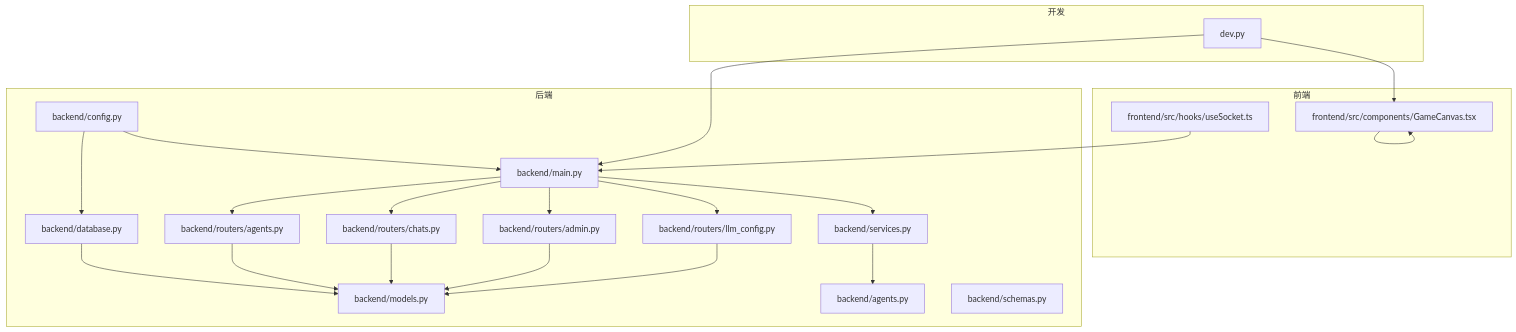
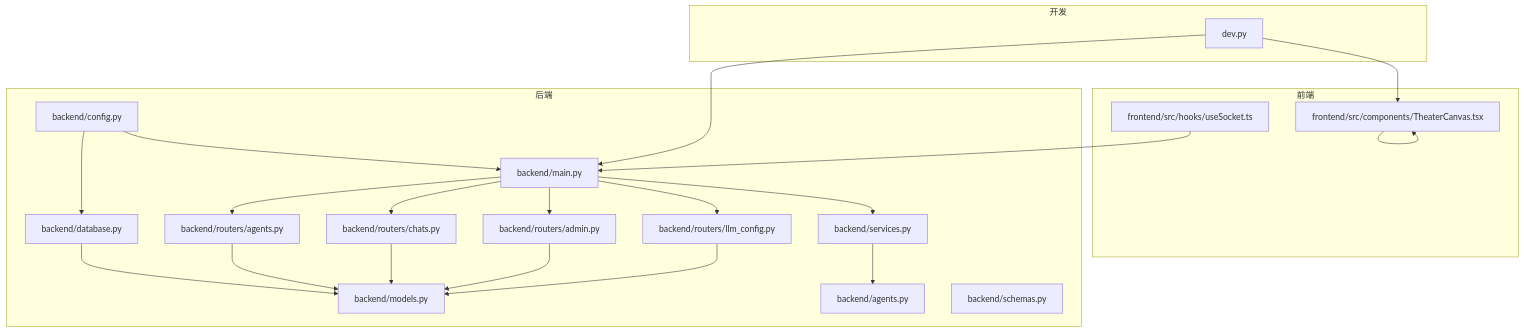
Before and after one commit to KunLabAI/KunFlix: the first of 3 diagrams in .qoder/repowiki/zh/content/开发工具链/调试工具.md, drawn with Mermaid. The commit also changed other lines of this file and 112 other files, not shown here.

````diff
--- a/.qoder/repowiki/zh/content/开发工具链/调试工具.md
+++ b/.qoder/repowiki/zh/content/开发工具链/调试工具.md
@@ -42,40 +42,40 @@
 ```mermaid
 graph TB
 subgraph "后端"
 A_main["backend/main.py"]
 A_cfg["backend/config.py"]
 A_db["backend/database.py"]
 A_md["backend/models.py"]
 A_srv["backend/services.py"]
 A_rt1["backend/routers/agents.py"]
 A_rt2["backend/routers/chats.py"]
 A_rt3["backend/routers/admin.py"]
 A_rt4["backend/routers/llm_config.py"]
 A_ag["backend/agents.py"]
 A_sc["backend/schemas.py"]
 end
 subgraph "前端"
 F_hook["frontend/src/hooks/useSocket.ts"]
-F_canvas["frontend/src/components/GameCanvas.tsx"]
+F_canvas["frontend/src/components/TheaterCanvas.tsx"]
 end
 subgraph "开发"
 D_dev["dev.py"]
 end
 A_main --> A_rt1
 A_main --> A_rt2
 A_main --> A_rt3
 A_main --> A_rt4
 A_main --> A_srv
 A_srv --> A_ag
 A_rt2 --> A_md
 A_rt1 --> A_md
 A_rt3 --> A_md
 A_rt4 --> A_md
 A_db --> A_md
 A_cfg --> A_db
 A_cfg --> A_main
 F_hook --> A_main
 F_canvas --> F_canvas
 D_dev --> A_main
 D_dev --> F_canvas
 ```
````
